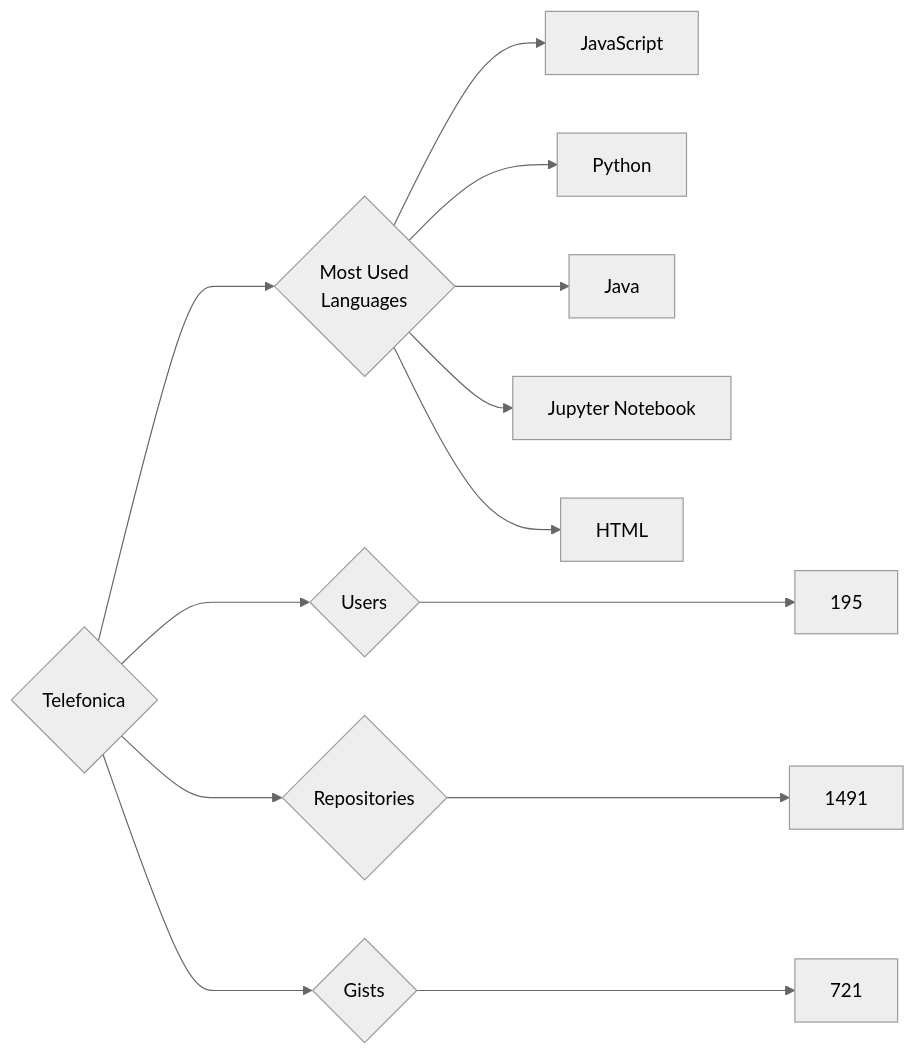
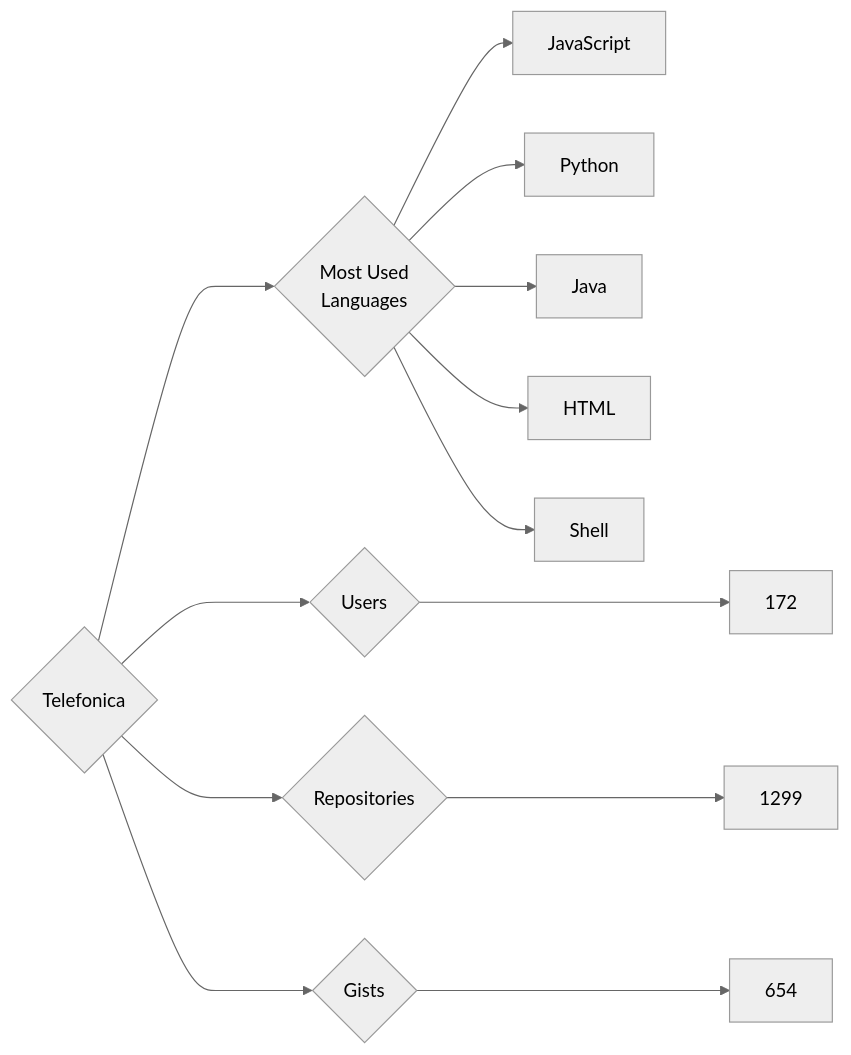
One commit to trickest/insiders changed the diagram in targets/Telefonica/README.md. Above: the diagram before and after it, drawn with Mermaid (neutral theme). The commit also changed 928 other files, not shown here.

````diff
--- a/targets/Telefonica/README.md
+++ b/targets/Telefonica/README.md
@@ -3,13 +3,13 @@
 ```mermaid
 graph LR
 COMPANY_NAME{Telefonica}
-COMPANY_NAME ---> U{Users} ---> UN[195]
-COMPANY_NAME ---> R{Repositories} ---> RN[1491]
-COMPANY_NAME ---> G{Gists} ---> GN[721]
+COMPANY_NAME ---> U{Users} ---> UN[172]
+COMPANY_NAME ---> R{Repositories} ---> RN[1299]
+COMPANY_NAME ---> G{Gists} ---> GN[654]
 COMPANY_NAME ---> ML{Most Used<br>Languages}
 ML --> JavaScript[JavaScript]
 ML --> Python[Python]
 ML --> Java[Java]
-ML --> Jupyter_Notebook[Jupyter Notebook]
 ML --> HTML[HTML]
+ML --> Shell[Shell]
 ```
````
